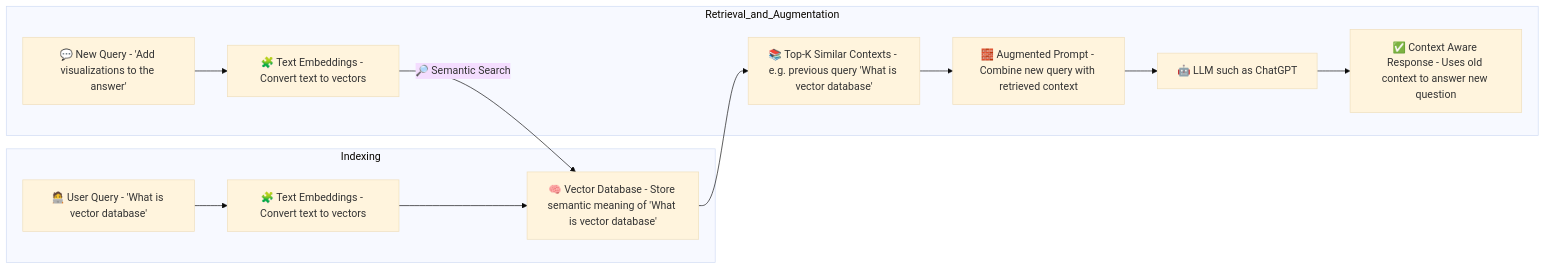
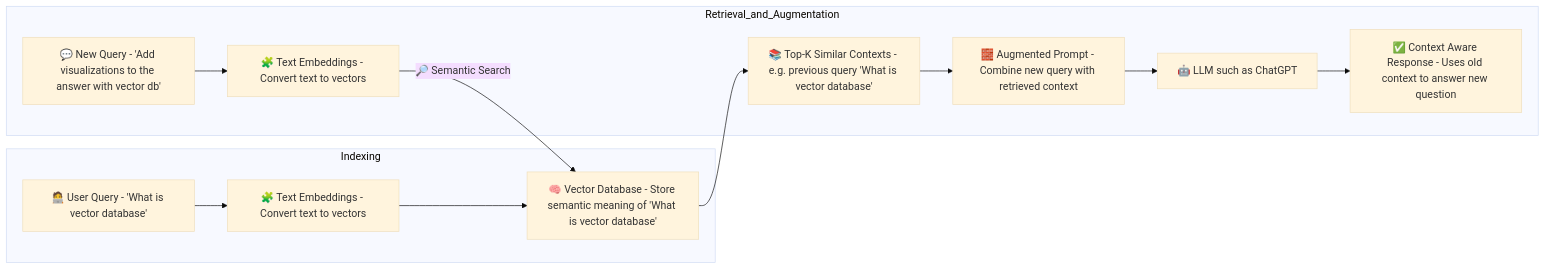
One commit to YahorDubrouski/ai-tools changed the diagram in documentation/prompting-technics-2/PROMPTING_TECHNICS.md. Above: the diagram before and after it, drawn with Mermaid (base theme).

Commit message:
Add User Request Diagram

````diff
--- a/documentation/prompting-technics-2/PROMPTING_TECHNICS.md
+++ b/documentation/prompting-technics-2/PROMPTING_TECHNICS.md
@@ -26,16 +26,16 @@
 ```mermaid
 flowchart LR
 subgraph Indexing
 U1[🧑‍💻 User Query - 'What is vector database'] --> E1[🧩 Text Embeddings - Convert text to vectors]
 E1 --> V[🧠 Vector Database - Store semantic meaning of 'What is vector database']
 end
 
 subgraph Retrieval_and_Augmentation
-U2[💬 New Query - 'Add visualizations to the answer'] --> E2[🧩 Text Embeddings - Convert text to vectors]
+U2[💬 New Query - 'Add visualizations to the answer with vector db'] --> E2[🧩 Text Embeddings - Convert text to vectors]
 E2 -->|🔎 Semantic Search| V
 V --> C[📚 Top-K Similar Contexts - e.g. previous query 'What is vector database']
 C --> P[🧱 Augmented Prompt - Combine new query with retrieved context]
 P --> LLM[🤖 LLM such as ChatGPT]
 LLM --> OUT[✅ Context Aware Response - Uses old context to answer new question]
 end
 ```
````
